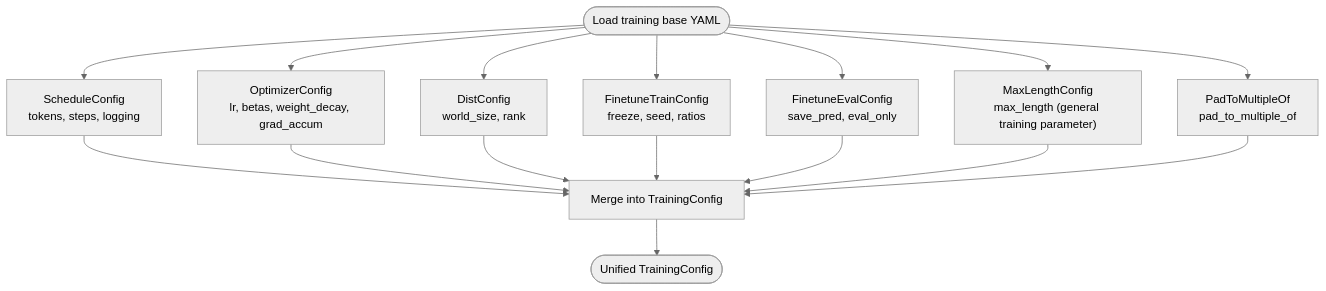
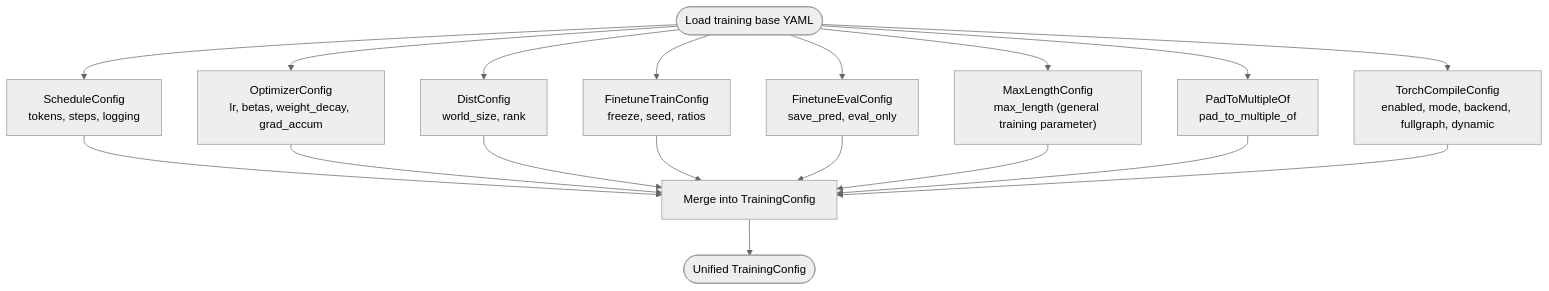
One commit to alibaba/graph-gpt changed the sixth of 12 diagrams in .qoder/repowiki/en/content/Configuration System/Configuration System.md. Above: the diagram before and after it, drawn with Mermaid (neutral theme). The commit also changed other lines of this file and 2 other files, not shown here.

````diff
--- a/.qoder/repowiki/en/content/Configuration System/Configuration System.md
+++ b/.qoder/repowiki/en/content/Configuration System/Configuration System.md
@@ -361,18 +389,20 @@
 ```mermaid
 flowchart TD
 Start(["Load training base YAML"]) --> Schedule["ScheduleConfig<br/>tokens, steps, logging"]
 Start --> Optim["OptimizerConfig<br/>lr, betas, weight_decay, grad_accum"]
 Start --> Dist["DistConfig<br/>world_size, rank"]
 Start --> FineTune["FinetuneTrainConfig<br/>freeze, seed, ratios"]
 Start --> FineEval["FinetuneEvalConfig<br/>save_pred, eval_only"]
 Start --> MaxLen["MaxLengthConfig<br/>max_length (general training parameter)"]
 Start --> PadMult["PadToMultipleOf<br/>pad_to_multiple_of"]
+Start --> TorchCompile["TorchCompileConfig<br/>enabled, mode, backend, fullgraph, dynamic"]
 Schedule --> Merge["Merge into TrainingConfig"]
 Optim --> Merge
 Dist --> Merge
 FineTune --> Merge
 FineEval --> Merge
 MaxLen --> Merge
 PadMult --> Merge
+TorchCompile --> Merge
 Merge --> End(["Unified TrainingConfig"])
 ```
````
